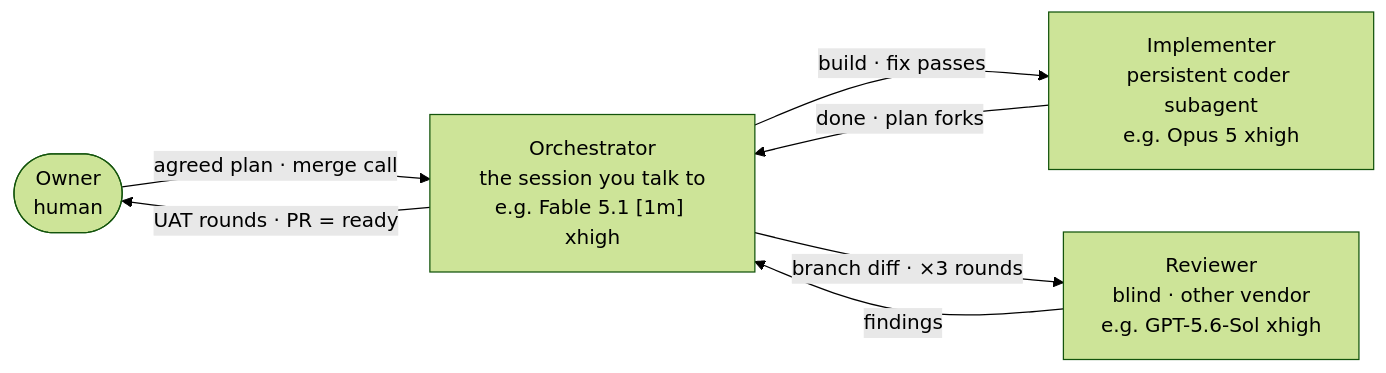
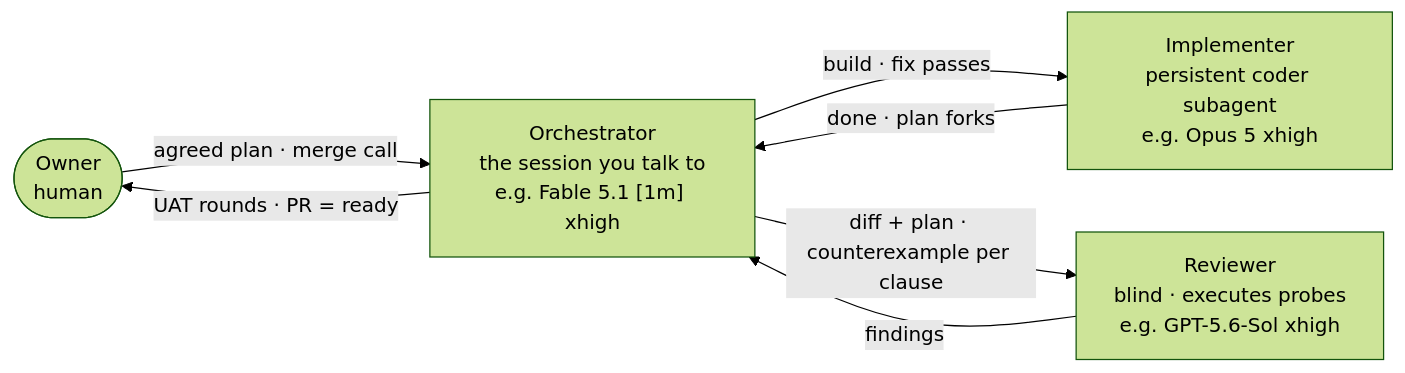
The first of 4 diagrams in README.md (rucister/agent-workflow), drawn with Mermaid (forest theme) before and after one commit. The commit also changed other lines of this file and 1 other file, not shown here.

````diff
--- a/README.md
+++ b/README.md
@@ -16,9 +20,9 @@
 ```mermaid
 flowchart LR
     OWNER(["Owner<br/>human"]) -- "agreed plan · merge call" --> ORCH["Orchestrator<br/>the session you talk to<br/>e.g. Fable 5.1 [1m] xhigh"]
     ORCH -- "UAT rounds · PR = ready" --> OWNER
     ORCH -- "build · fix passes" --> IMPL["Implementer<br/>persistent coder subagent<br/>e.g. Opus 5 xhigh"]
     IMPL -- "done · plan forks" --> ORCH
-    ORCH -- "branch diff · ×3 rounds" --> REV["Reviewer<br/>blind · other vendor<br/>e.g. GPT-5.6-Sol xhigh"]
+    ORCH -- "diff + plan · counterexample per clause" --> REV["Reviewer<br/>blind · executes probes<br/>e.g. GPT-5.6-Sol xhigh"]
     REV -- "findings" --> ORCH
 ```
````
